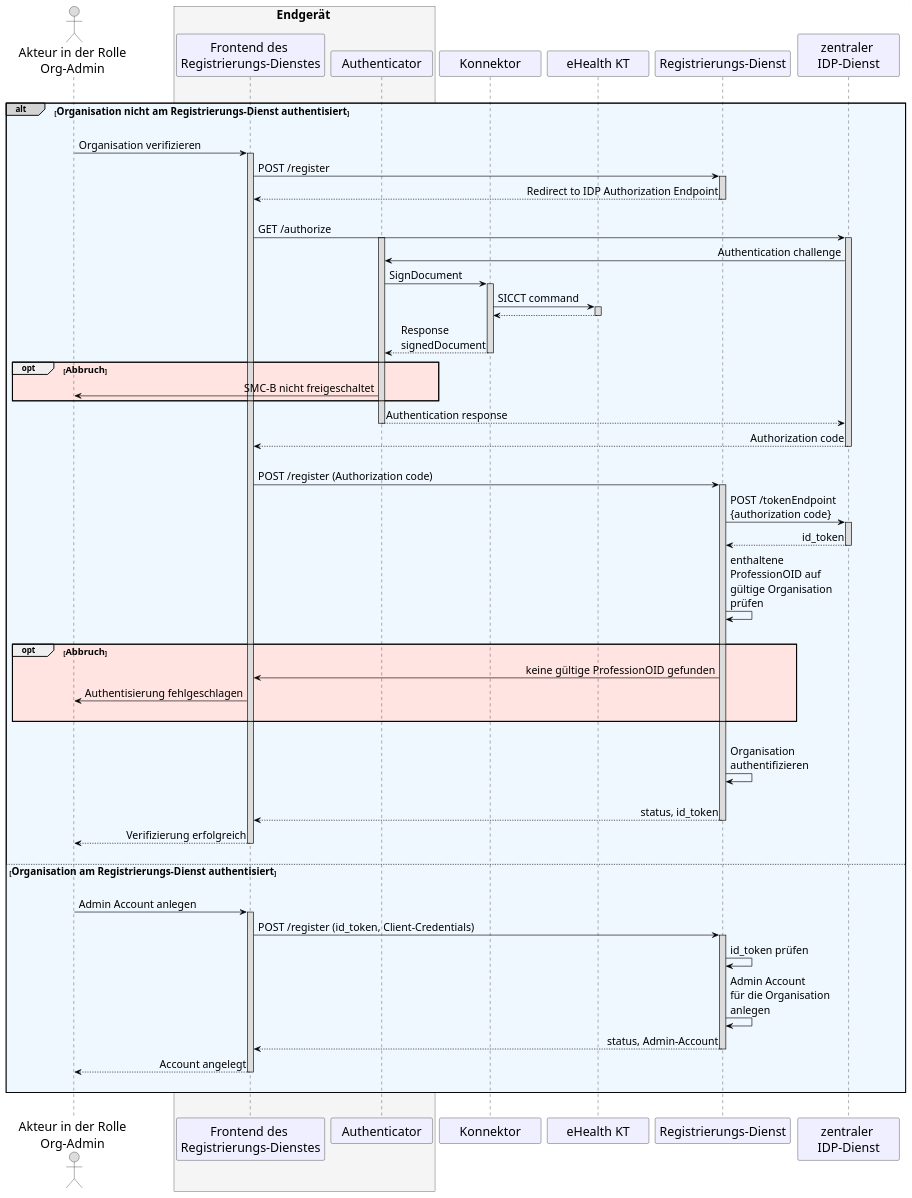
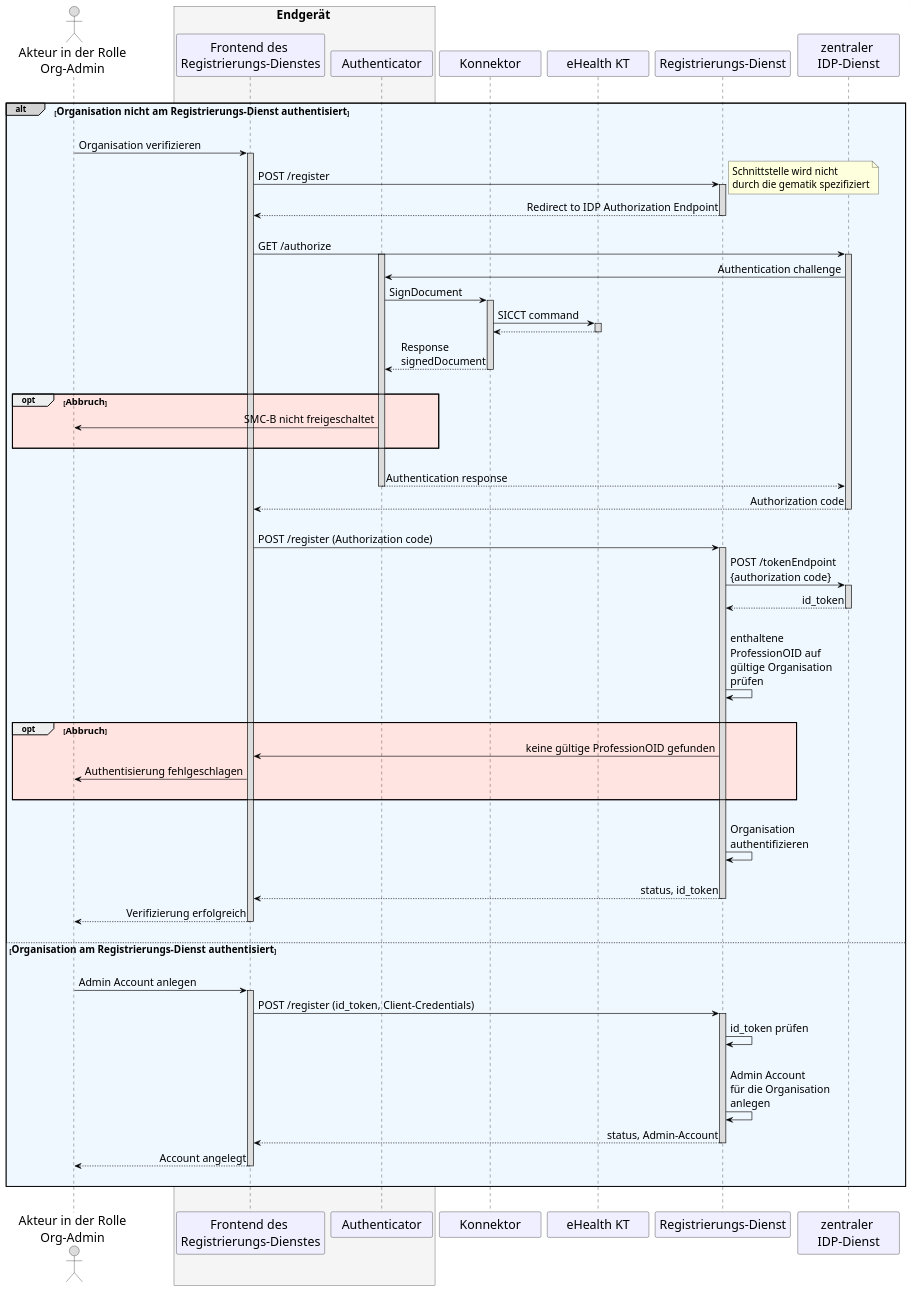
The diagram in src/plantuml/TI-Messenger-Dienst/Ressourcen/UC_10103_Seq.puml (gematik/api-ti-messenger), drawn with PlantUML before and after one commit.

```diff
--- a/src/plantuml/TI-Messenger-Dienst/Ressourcen/UC_10103_Seq.puml
+++ b/src/plantuml/TI-Messenger-Dienst/Ressourcen/UC_10103_Seq.puml
@@ -9,111 +9,116 @@
 @startuml
 skinparam sequenceMessageAlign direction
 skinparam WrapWidth 300
 skinparam minClassWidth 150
 skinparam BoxPadding 1
 scale max 2048 width
 
 skinparam sequence {
 ArrowColor black
 ArrowFontSize 17
 ActorBorderColor black
 LifeLineBorderColor black
 LifeLineBackgroundColor Gainsboro
 
 ParticipantBorderColor Motivation
 ParticipantBackgroundColor Motivation
 ParticipantFontName Impact
 ParticipantFontSize 20
 ParticipantFontColor black
 ParticipantBorderColor Black
 ParticipantBackgroundColor MOTIVATION
 
 ActorBackgroundColor Gainsboro
 ActorFontColor black
 ActorFontSize 20
 ActorFontName Aapex
 }
 
   actor oa as "Akteur in der Rolle\nOrg-Admin"
     box <size:19>Endgerät</size> #WhiteSmoke
     participant wb as "Frontend des \nRegistrierungs-Dienstes"
     participant au as "Authenticator"
     end box
   participant ko as "Konnektor"
   participant kt as "eHealth KT"
   participant rd as "Registrierungs-Dienst"
   participant ip as "zentraler \nIDP-Dienst"
 
 |||
 alt#LightGrey #AliceBlue <size:16>Organisation nicht am Registrierungs-Dienst authentisiert</size>
 |||
       oa -> wb: Organisation verifizieren
         activate wb
       wb -> rd:POST /register 
+      note right: <size:16>Schnittstelle wird nicht \n<size:16>durch die gematik spezifiziert</size>
         activate rd
       rd --> wb: Redirect to IDP Authorization Endpoint
         deactivate rd
       |||
       wb -> ip: GET /authorize
         activate au
         activate ip
       ip -> au: Authentication challenge
       au -> ko: SignDocument
         activate ko
       ko -> kt: SICCT command
         activate kt
       kt --> ko
         deactivate kt
       ko --> au: Response \nsignedDocument
+      |||
         deactivate ko
     
     opt #MistyRose <size:15>Abbruch</size>
       au -> oa: SMC-B nicht freigeschaltet 
+      |||
     end
-    
+      |||
       au -->ip: Authentication response
         deactivate au
       ip --> wb: Authorization code
         deactivate ip
       |||
       wb -> rd: POST /register (Authorization code)
         activate rd
       rd -> ip: POST /tokenEndpoint\n{authorization code}
         activate ip
       ip --> rd: id_token
         deactivate ip
+      |||
       rd -> rd: enthaltene \nProfessionOID auf \ngültige Organisation \nprüfen
       |||
       
     opt #MistyRose <size:15>Abbruch</size>
       rd -> wb: keine gültige ProfessionOID gefunden
       wb -> oa: Authentisierung fehlgeschlagen
       |||
     end  
     
       |||
       rd-> rd: Organisation \nauthentifizieren
       |||
       
       rd --> wb: status, id_token
         deactivate rd
       wb --> oa: Verifizierung erfolgreich
         deactivate wb
       |||  
       
       else <size:16>Organisation am Registrierungs-Dienst authentisiert</size>
         |||
         oa -> wb: Admin Account anlegen
           activate wb
         wb -> rd: POST /register (id_token, Client-Credentials)
           activate rd
         rd -> rd: id_token prüfen
+        |||
         rd -> rd: Admin Account \nfür die Organisation \nanlegen
         rd --> wb: status, Admin-Account
           deactivate rd
         wb --> oa: Account angelegt
           deactivate wb
         |||
 end
 |||
 @enduml
```
